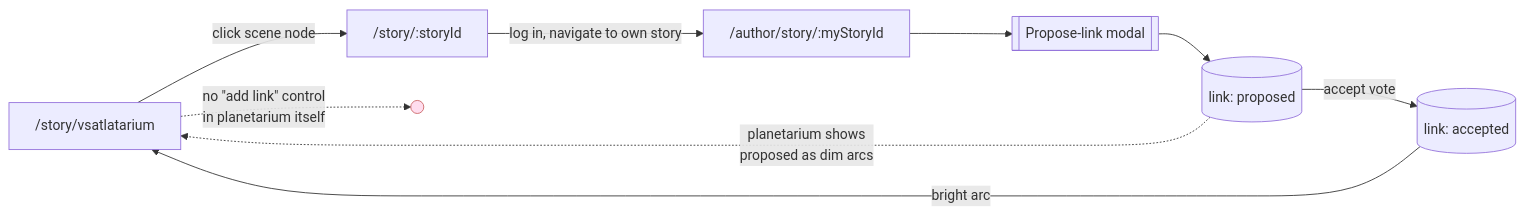
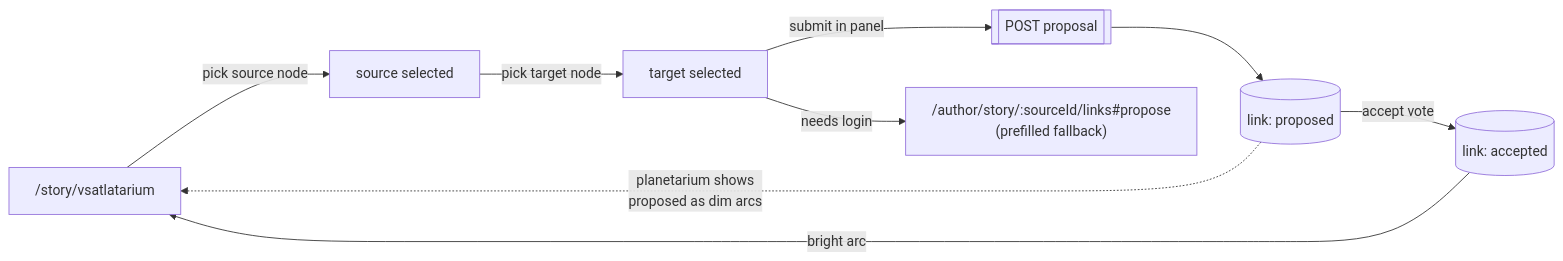
The sixth of 7 diagrams in docs/role-sitemap.md (BrookesUniversityLearningResources/vsat), drawn with Mermaid before and after one commit. The commit also changed other lines of this file and 23 other files, not shown here.

First line of the commit message:
Add returnTo auth flow, interpretive-link voting, and role docs

````diff
--- a/docs/role-sitemap.md
+++ b/docs/role-sitemap.md
@@ -212,13 +211,11 @@
 ```mermaid
 flowchart LR
-  V["/story/vsatlatarium"] -->|click scene node| SR["/story/:storyId"]
-  SR -->|log in, navigate to own story| AE["/author/story/:myStoryId"]
-  AE --> PL[[Propose-link modal]]
+  V["/story/vsatlatarium"] -->|pick source node| SRC["source selected"]
+  SRC -->|pick target node| TGT["target selected"]
+  TGT -->|submit in panel| PL[[POST proposal]]
+  TGT -->|needs login| ASL["/author/story/:sourceId/links#propose<br/>(prefilled fallback)"]
   PL --> DB[(link: proposed)]
   DB -.->|planetarium shows<br/>proposed as dim arcs| V
   DB -->|accept vote| ACC[(link: accepted)]
   ACC -->|bright arc| V
-  V -.->|no &quot;add link&quot; control<br/>in planetarium itself| GAP(( )):::gap
-
-  classDef gap fill:#fde,stroke:#c66,color:#633;
 ```
````
